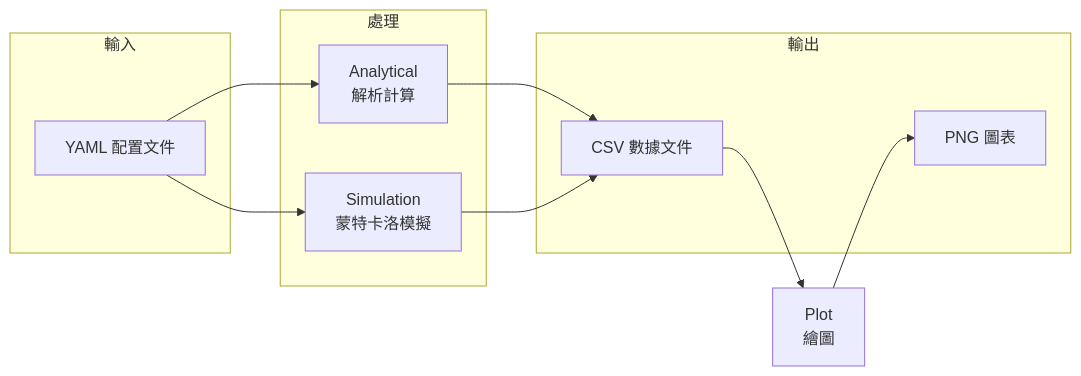
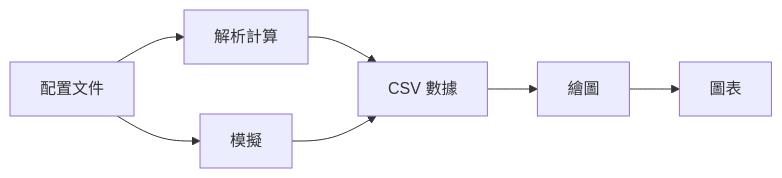
The diagram in README.md (simonmkkk/FYP-1-One-Shot-Random-Access-New-Architecture), drawn with Mermaid before and after one commit. The commit also changed other lines of this file and 10 other files, not shown here.

````diff
--- a/README.md
+++ b/README.md
@@ -48,23 +20,9 @@
 ```mermaid
 graph LR
-    subgraph Input[輸入]
-        YAML[YAML 配置文件]
-    end
-    
-    subgraph Processing[處理]
-        A[Analytical<br/>解析計算]
-        S[Simulation<br/>蒙特卡洛模擬]
-    end
-    
-    subgraph Output[輸出]
-        CSV[CSV 數據文件]
-        PNG[PNG 圖表]
-    end
-    
-    YAML --> A
-    YAML --> S
-    A --> CSV
+    YAML[配置文件] --> A[解析計算]
+    YAML --> S[模擬]
+    A --> CSV[CSV 數據]
     S --> CSV
-    CSV --> P[Plot<br/>繪圖]
-    P --> PNG
+    CSV --> P[繪圖]
+    P --> PNG[圖表]
 ```
````
